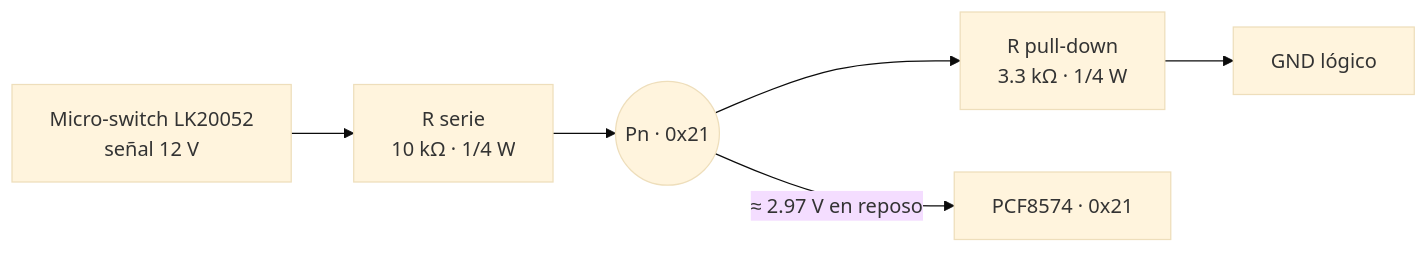
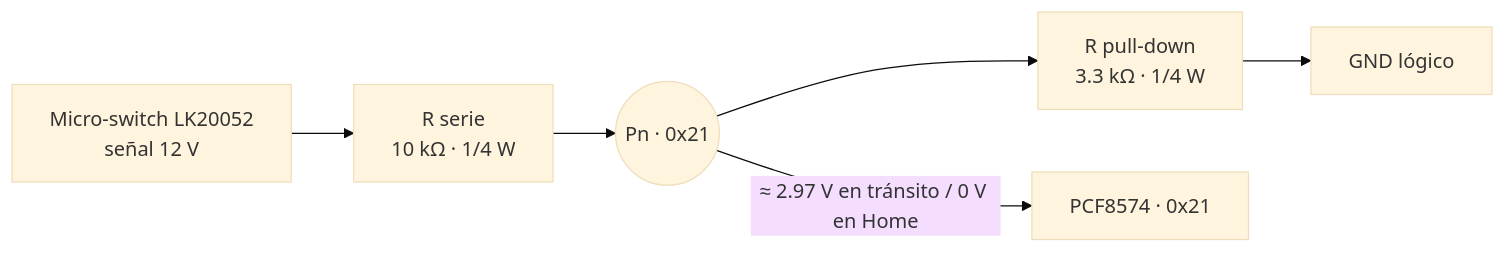
Before and after one commit to yeremybautista77/Maquina_Expendedora: the third of 3 diagrams in Diseño_electronico/ARQUITECTURA_HARDWARE.md, drawn with Mermaid (base theme). The commit also changed other lines of this file and 7 other files, not shown here.

````diff
--- a/Diseño_electronico/ARQUITECTURA_HARDWARE.md
+++ b/Diseño_electronico/ARQUITECTURA_HARDWARE.md
@@ -317,8 +317,8 @@
 ```mermaid
 graph LR
     SW["Micro-switch LK20052<br/>señal 12 V"] --> R1["R serie<br/>10 kΩ · 1/4 W"]
     R1 --> NODE(("Pn · 0x21"))
     NODE --> R2["R pull-down<br/>3.3 kΩ · 1/4 W"]
     R2 --> GND["GND lógico"]
-    NODE -->|"≈ 2.97 V en reposo"| PCF["PCF8574 · 0x21"]
+    NODE -->|"≈ 2.97 V en tránsito / 0 V en Home"| PCF["PCF8574 · 0x21"]
 ```
````
